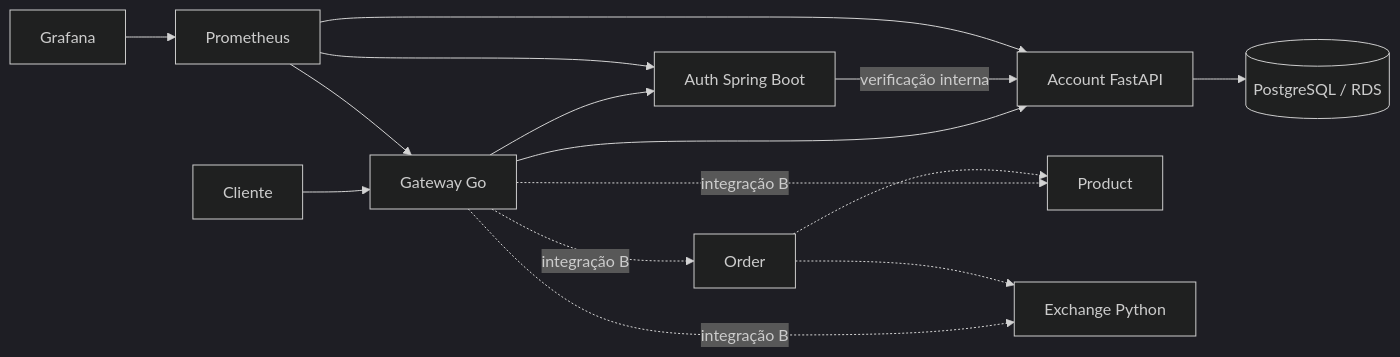
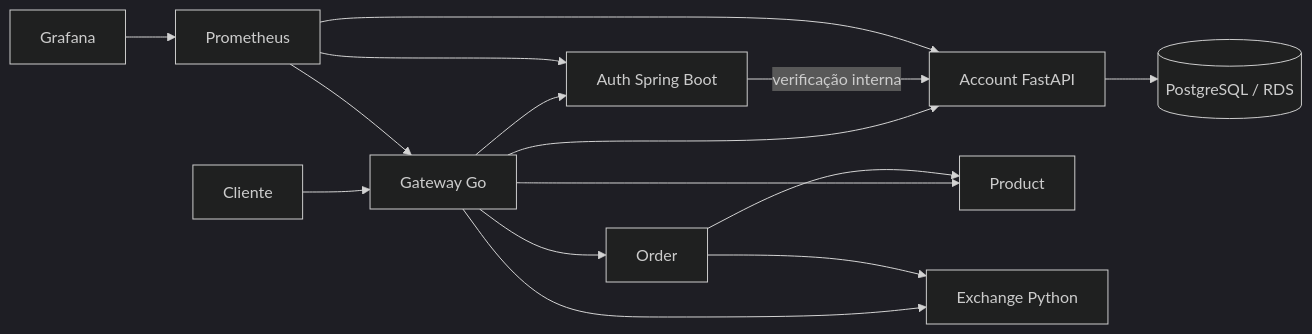
Before and after one commit to Microserv-1/store-docs-a: the diagram in docs/index.md, drawn with Mermaid (dark theme). The commit also changed other lines of this file and 11 other files, not shown here.

````diff
--- a/docs/index.md
+++ b/docs/index.md
@@ -11,17 +11,17 @@
 ```mermaid
 flowchart LR
     Client[Cliente] --> Gateway[Gateway Go]
     Gateway --> Account[Account FastAPI]
     Gateway --> Auth[Auth Spring Boot]
     Auth -->|verificação interna| Account
     Account --> DB[(PostgreSQL / RDS)]
-    Gateway -. integração B .-> Product[Product]
-    Gateway -. integração B .-> Order[Order]
-    Gateway -. integração B .-> Exchange[Exchange Python]
-    Order -.-> Product
-    Order -.-> Exchange
+    Gateway --> Product[Product]
+    Gateway --> Order[Order]
+    Gateway --> Exchange[Exchange Python]
+    Order --> Product
+    Order --> Exchange
     Metrics[Prometheus] --> Account
     Metrics --> Auth
     Metrics --> Gateway
     Grafana --> Metrics
 ```
````
